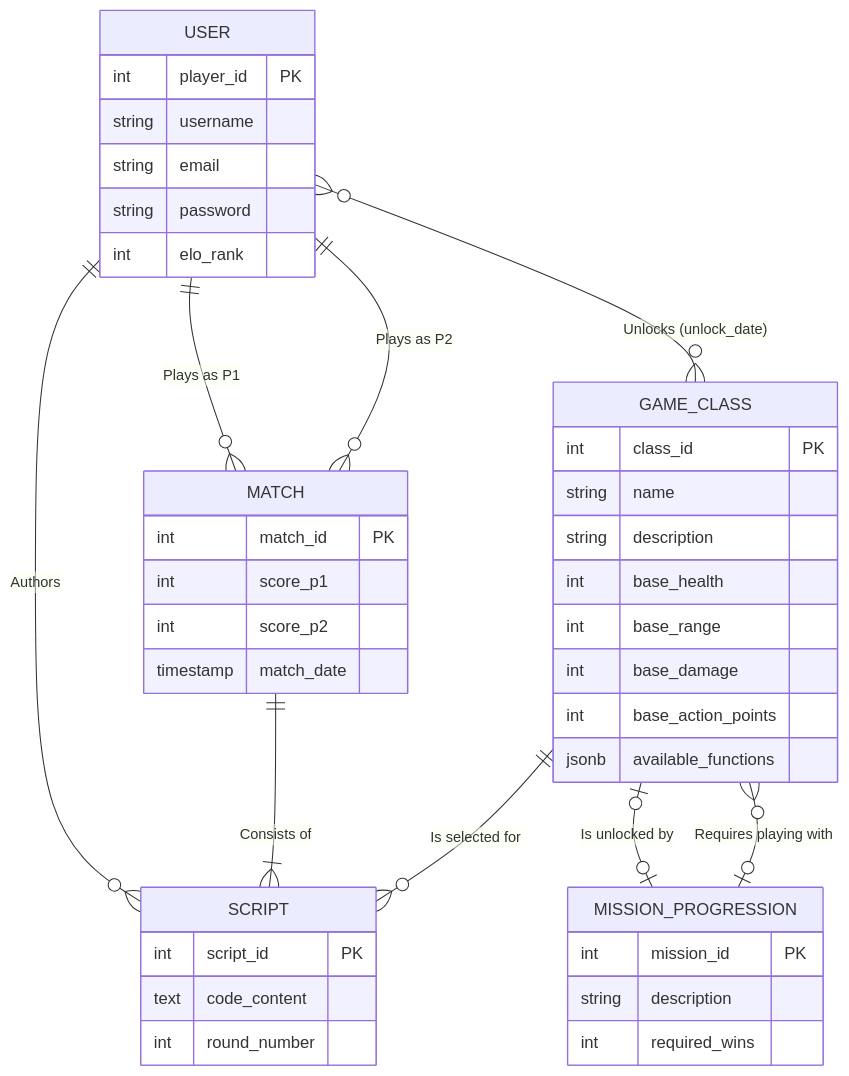
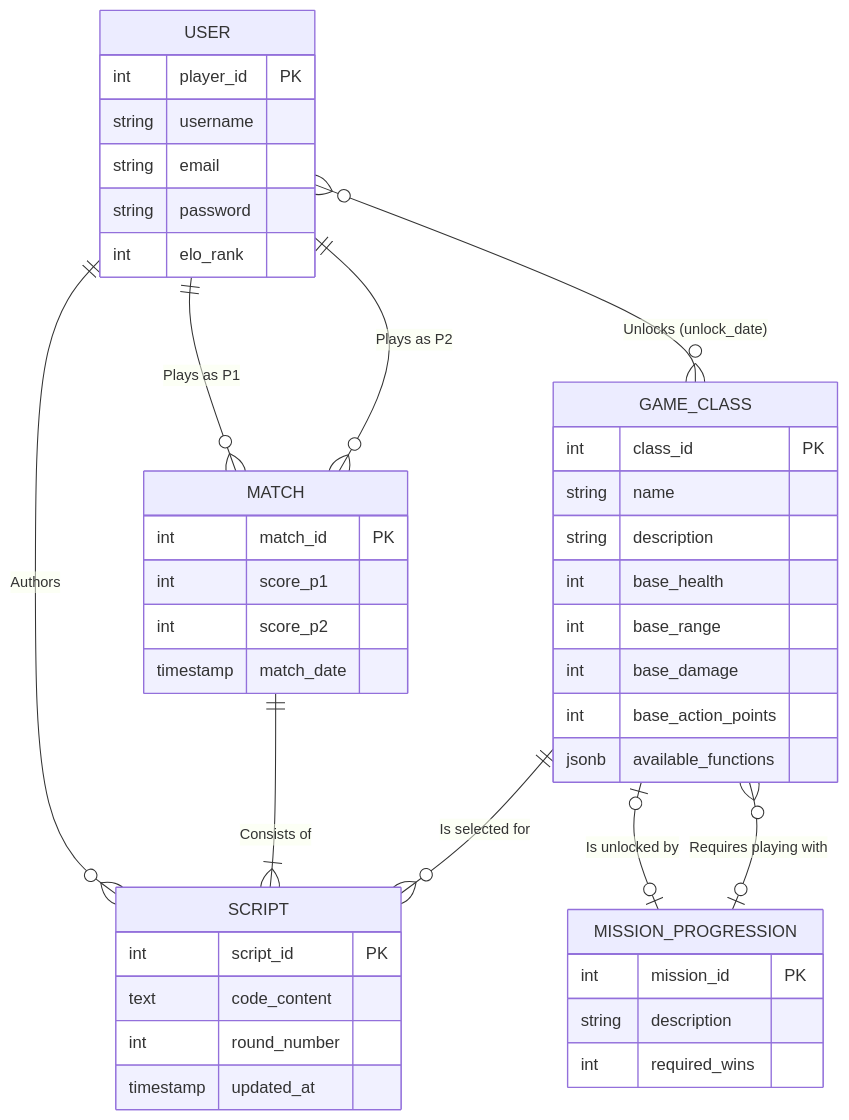
The diagram in docs/database/mcd-mld.md (SAE-AMAURY/SAE_BUT3), drawn with Mermaid before and after one commit. The commit also changed other lines of this file and 5 other files, not shown here.

````diff
--- a/docs/database/mcd-mld.md
+++ b/docs/database/mcd-mld.md
@@ -11,46 +11,47 @@
 ```mermaid
 erDiagram
     USER {
         int player_id PK
         string username
         string email
         string password
         int elo_rank
     }
     MATCH {
         int match_id PK
         int score_p1
         int score_p2
         timestamp match_date
     }
     GAME_CLASS {
         int class_id PK
         string name
         string description
         int base_health
         int base_range
         int base_damage
         int base_action_points
         jsonb available_functions
     }
     MISSION_PROGRESSION {
         int mission_id PK
         string description
         int required_wins
     }
     SCRIPT {
         int script_id PK
         text code_content
         int round_number
+        timestamp updated_at
     }
 
     %% Relationships
     USER ||--o{ MATCH : "Plays as P1"
     USER ||--o{ MATCH : "Plays as P2"
     USER }o--o{ GAME_CLASS : "Unlocks (unlock_date)"
     USER ||--o{ SCRIPT : "Authors"
     MATCH ||--|{ SCRIPT : "Consists of"
     GAME_CLASS ||--o{ SCRIPT : "Is selected for"
     GAME_CLASS |o--o| MISSION_PROGRESSION : "Is unlocked by"
     MISSION_PROGRESSION |o--o{ GAME_CLASS : "Requires playing with"
 ```
````
